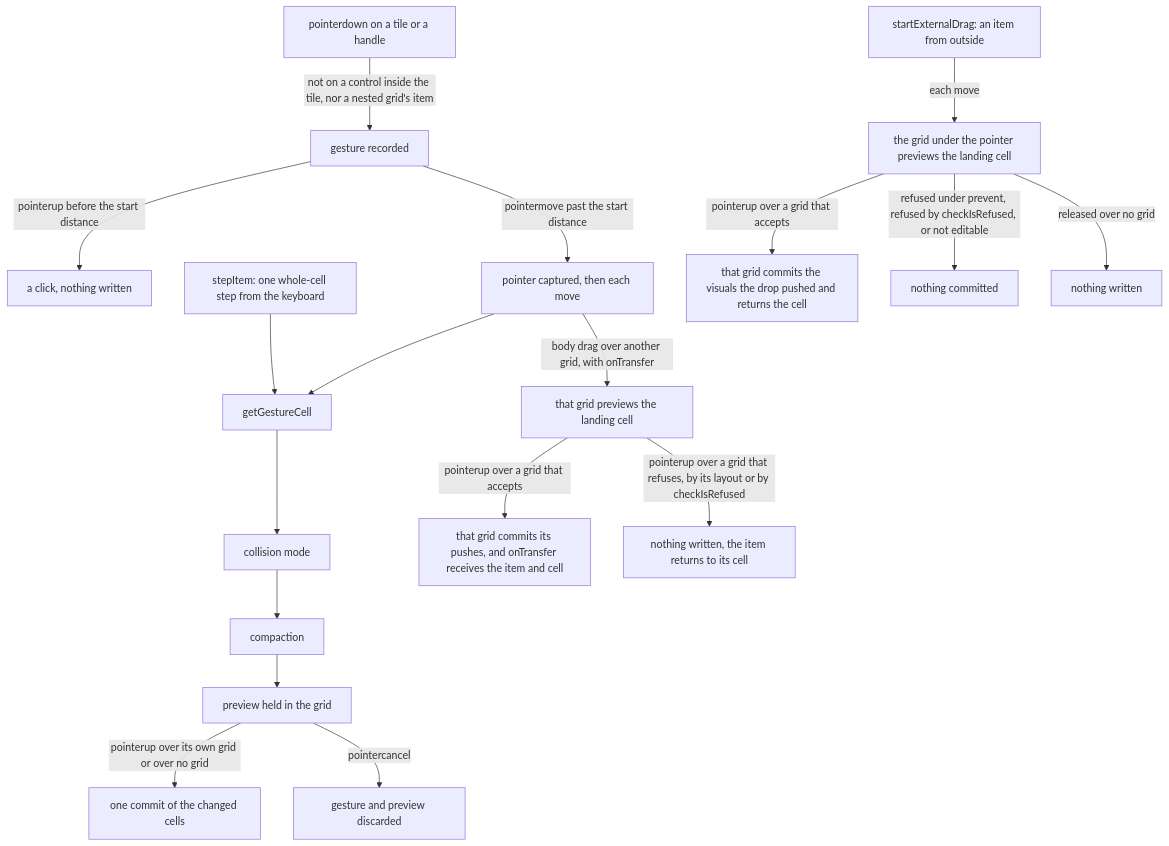
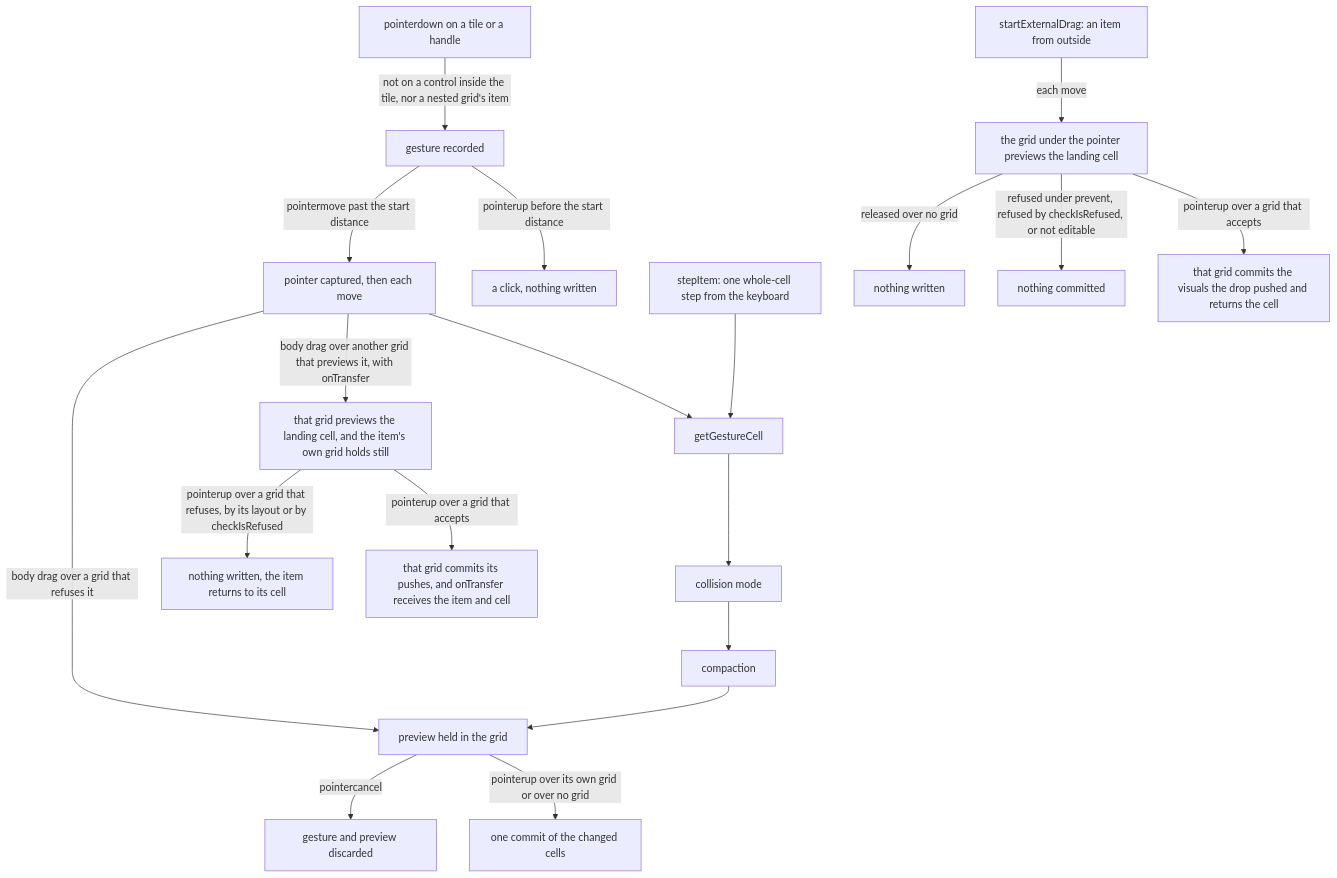
The diagram in openspec/specs/vue-grid-layout-headless/grid-layout/design.md (Esposter/Esposter), drawn with Mermaid before and after one commit. The commit also changed other lines of this file and 4 other files, not shown here.

First line of the commit message:
docs(vue-grid-layout-headless): a body drag's source holds its other items over a grid that takes it, and a group released over itself is an ordinary move

````diff
--- a/openspec/specs/vue-grid-layout-headless/grid-layout/design.md
+++ b/openspec/specs/vue-grid-layout-headless/grid-layout/design.md
@@ -17,20 +17,21 @@
 ```mermaid
 flowchart TD
   press["pointerdown on a tile or a handle"] -->|"not on a control inside the tile, nor a nested grid's item"| gesture["gesture recorded"]
   gesture -->|"pointerup before the start distance"| click["a click, nothing written"]
   gesture -->|"pointermove past the start distance"| captured["pointer captured, then each move"]
   captured --> cell["getGestureCell"]
   step["stepItem: one whole-cell step from the keyboard"] --> cell
   cell --> collide["collision mode"]
   collide --> compact["compaction"]
   compact --> preview["preview held in the grid"]
   preview -->|"pointerup over its own grid or over no grid"| commit["one commit of the changed cells"]
   preview -->|"pointercancel"| discarded["gesture and preview discarded"]
-  captured -->|"body drag over another grid, with onTransfer"| held["that grid previews the landing cell"]
+  captured -->|"body drag over another grid that previews it, with onTransfer"| held["that grid previews the landing cell, and the item's own grid holds still"]
+  captured -->|"body drag over a grid that refuses it"| preview
   held -->|"pointerup over a grid that accepts"| handed["that grid commits its pushes, and onTransfer receives the item and cell"]
   held -->|"pointerup over a grid that refuses, by its layout or by checkIsRefused"| returned["nothing written, the item returns to its cell"]
   drop["startExternalDrag: an item from outside"] -->|"each move"| ext["the grid under the pointer previews the landing cell"]
   ext -->|"pointerup over a grid that accepts"| accepted["that grid commits the visuals the drop pushed and returns the cell"]
   ext -->|"refused under prevent, refused by checkIsRefused, or not editable"| refused["nothing committed"]
   ext -->|"released over no grid"| dropped["nothing written"]
 ```
````
